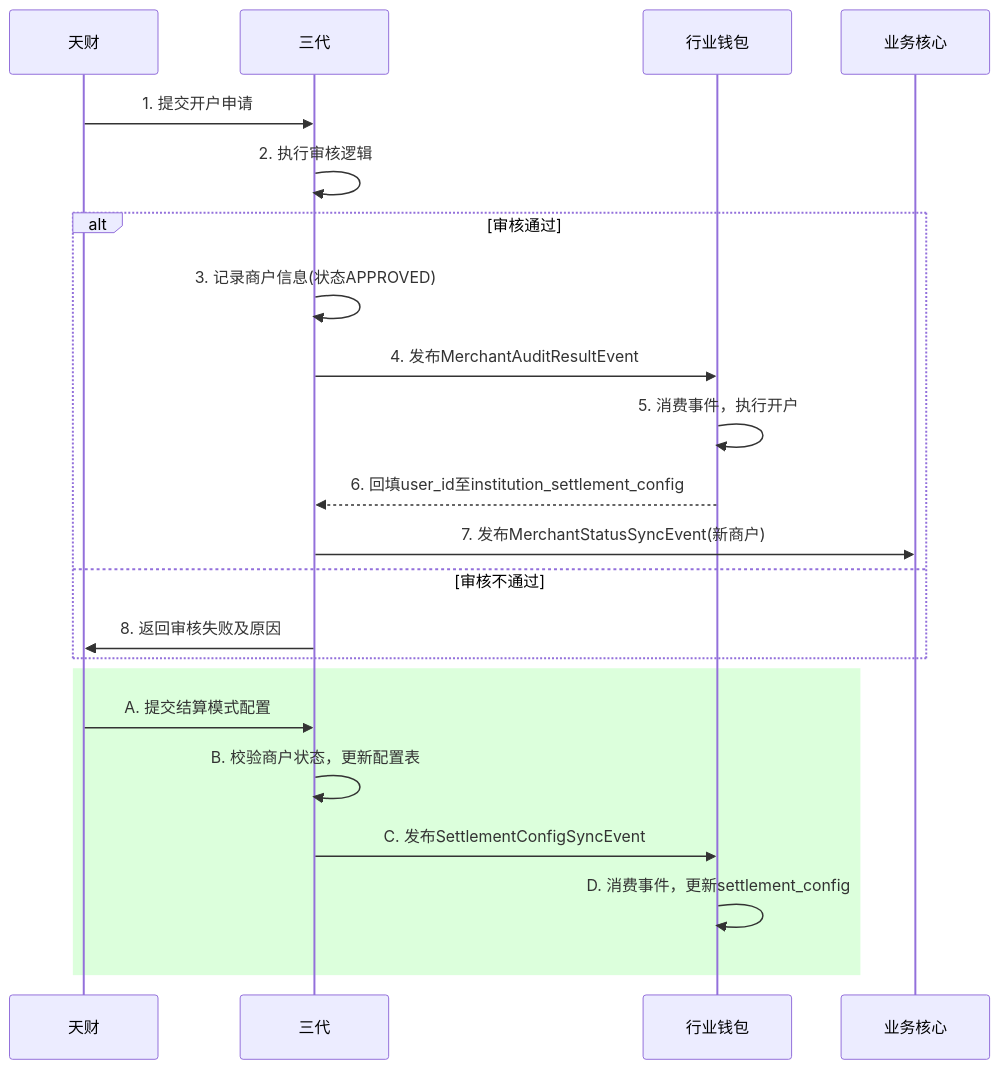
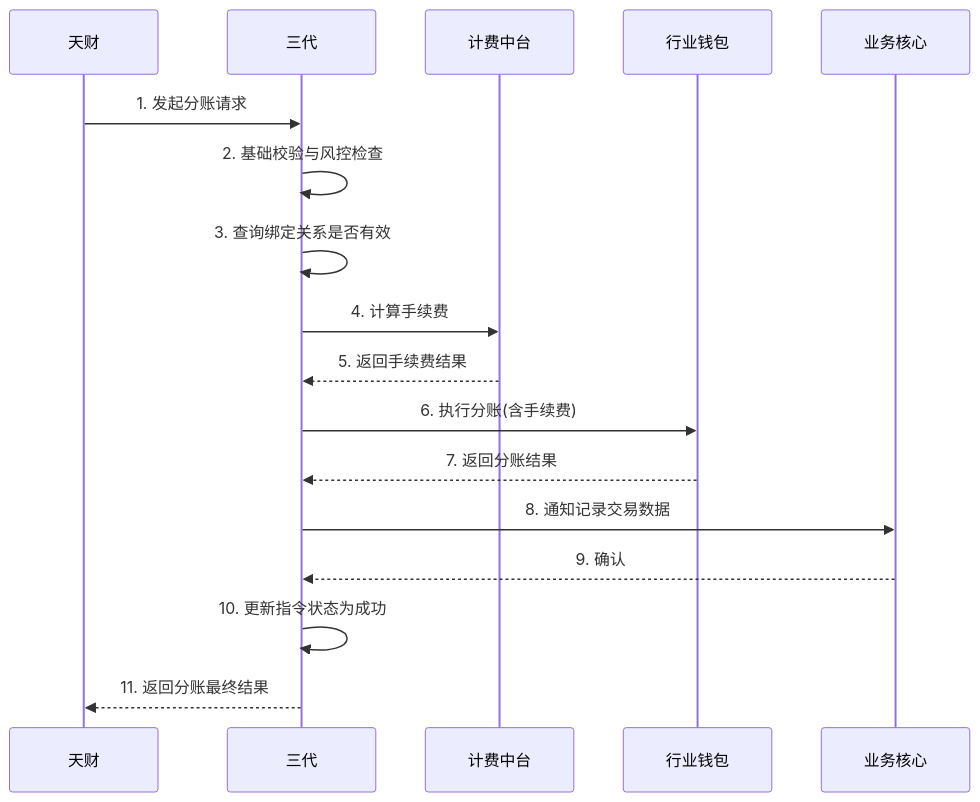
One commit to youzi211/AiCoding changed the second of 3 diagrams in data/天财分账需求/gpt-5.2/workspace/02_modules/module_三代.md. Above: the diagram before and after it, drawn with Mermaid. The commit also changed other lines of this file and 41 other files, not shown here.

````diff
--- a/data/天财分账需求/gpt-5.2/workspace/02_modules/module_三代.md
+++ b/data/天财分账需求/gpt-5.2/workspace/02_modules/module_三代.md
@@ -104,26 +102,20 @@
 ```mermaid
 sequenceDiagram
-    participant 天财 as 天财
-    participant 三代 as 三代
-    participant 行业钱包 as 行业钱包
-    participant 业务核心 as 业务核心
+    participant 天财
+    participant 三代
+    participant 计费中台
+    participant 行业钱包
+    participant 业务核心
 
-    天财->>三代: 1. 提交开户申请
-    三代->>三代: 2. 执行审核逻辑
-    alt 审核通过
-        三代->>三代: 3. 记录商户信息(状态APPROVED)
-        三代->>行业钱包: 4. 发布MerchantAuditResultEvent
-        行业钱包->>行业钱包: 5. 消费事件，执行开户
-        行业钱包-->>三代: 6. 回填user_id至institution_settlement_config
-        三代->>业务核心: 7. 发布MerchantStatusSyncEvent(新商户)
-    else 审核不通过
-        三代->>天财: 8. 返回审核失败及原因
-    end
-
-    rect rgb(220, 255, 220)
-        天财->>三代: A. 提交结算模式配置
-        三代->>三代: B. 校验商户状态，更新配置表
-        三代->>行业钱包: C. 发布SettlementConfigSyncEvent
-        行业钱包->>行业钱包: D. 消费事件，更新settlement_config
-    end
+    天财->>三代: 1. 发起分账请求
+    三代->>三代: 2. 基础校验与风控检查
+    三代->>三代: 3. 查询绑定关系是否有效
+    三代->>计费中台: 4. 计算手续费
+    计费中台-->>三代: 5. 返回手续费结果
+    三代->>行业钱包: 6. 执行分账(含手续费)
+    行业钱包-->>三代: 7. 返回分账结果
+    三代->>业务核心: 8. 通知记录交易数据
+    业务核心-->>三代: 9. 确认
+    三代->>三代: 10. 更新指令状态为成功
+    三代-->>天财: 11. 返回分账最终结果
 ```
````
